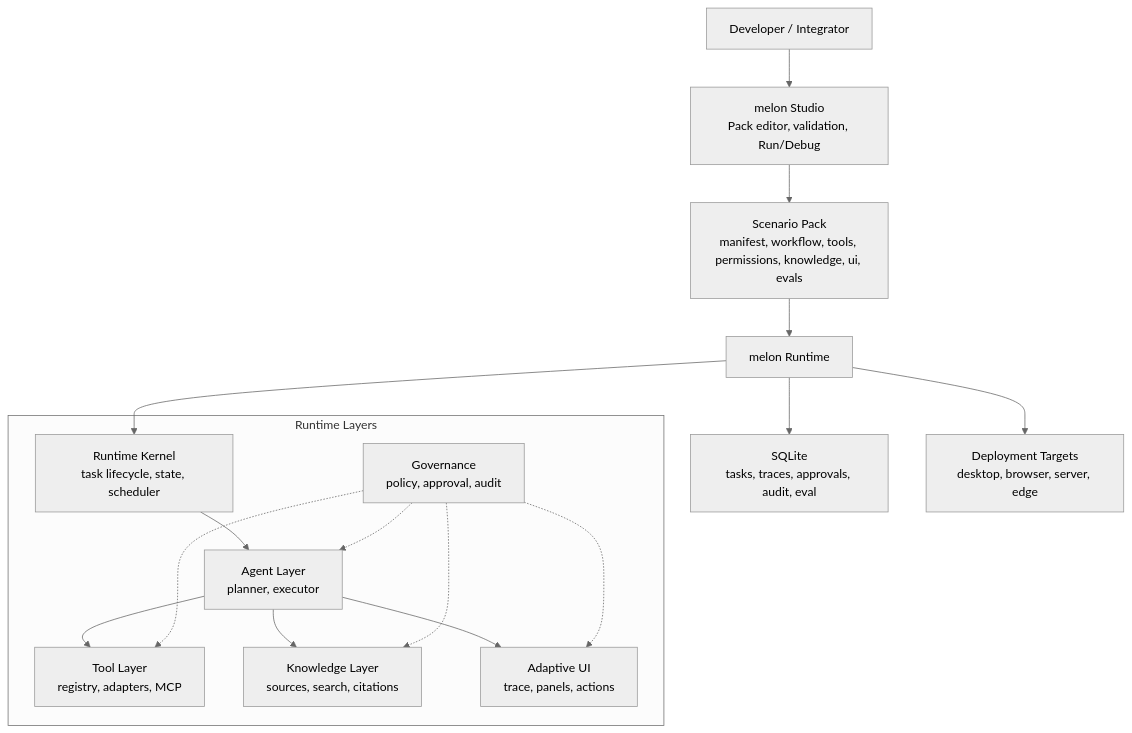
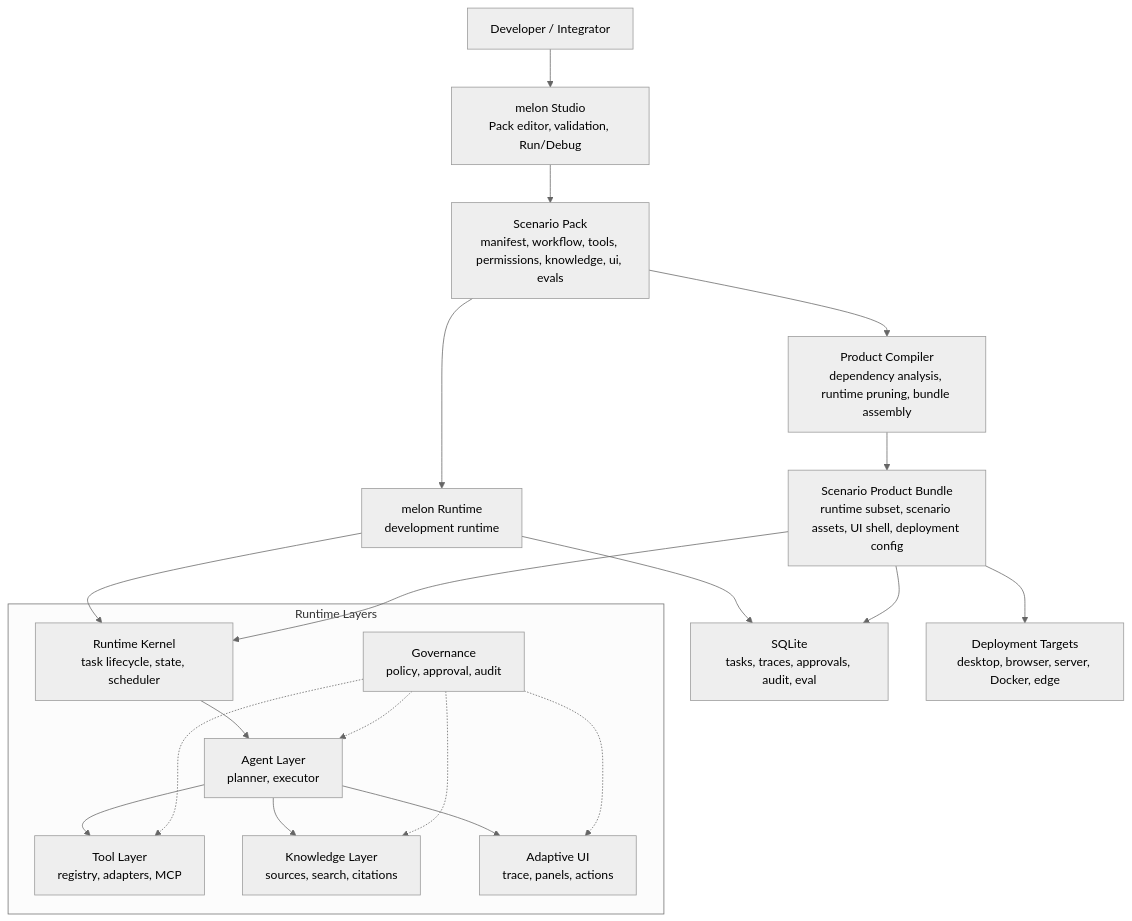
The first of 2 diagrams in README.md (imelonkid/melon-os), drawn with Mermaid (neutral theme) before and after one commit. The commit also changed other lines of this file and 3 other files, not shown here.

````diff
--- a/README.md
+++ b/README.md
@@ -49,28 +50,32 @@
 ```mermaid
 flowchart TB
     Dev["Developer / Integrator"] --> Studio["melon Studio<br/>Pack editor, validation, Run/Debug"]
     Studio --> Pack["Scenario Pack<br/>manifest, workflow, tools, permissions, knowledge, ui, evals"]
-    Pack --> Runtime["melon Runtime"]
+    Pack --> Compiler["Product Compiler<br/>dependency analysis, runtime pruning, bundle assembly"]
+    Pack --> Runtime["melon Runtime<br/>development runtime"]
+    Compiler --> Bundle["Scenario Product Bundle<br/>runtime subset, scenario assets, UI shell, deployment config"]
 
     subgraph RuntimeLayers["Runtime Layers"]
         Kernel["Runtime Kernel<br/>task lifecycle, state, scheduler"]
         Agent["Agent Layer<br/>planner, executor"]
         Tools["Tool Layer<br/>registry, adapters, MCP"]
         Knowledge["Knowledge Layer<br/>sources, search, citations"]
         UI["Adaptive UI<br/>trace, panels, actions"]
         Governance["Governance<br/>policy, approval, audit"]
     end
 
     Runtime --> Kernel
+    Bundle --> Kernel
     Kernel --> Agent
     Agent --> Tools
     Agent --> Knowledge
     Agent --> UI
     Governance -.-> Agent
     Governance -.-> Tools
     Governance -.-> Knowledge
     Governance -.-> UI
 
     Runtime --> Store["SQLite<br/>tasks, traces, approvals, audit, eval"]
-    Runtime --> Targets["Deployment Targets<br/>desktop, browser, server, edge"]
+    Bundle --> Store
+    Bundle --> Targets["Deployment Targets<br/>desktop, browser, server, Docker, edge"]
 ```
````
